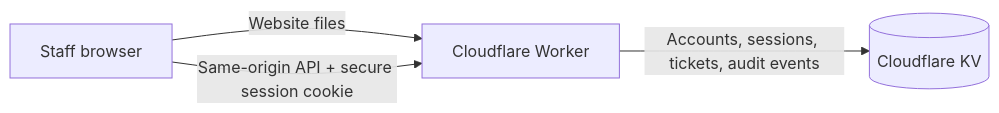
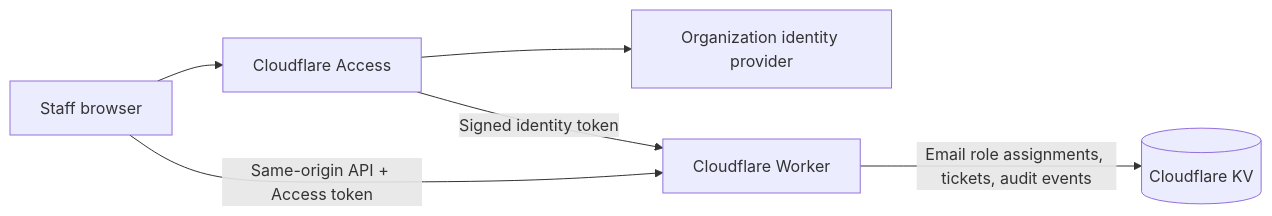
Before and after one commit to AxiumCyber/AxiumCyber-Website: the first of 3 diagrams in README.md, drawn with Mermaid. The commit also changed other lines of this file and 3 other files, not shown here.

Commit message:
Update README, index.html, worker.mjs, and wrangler.jsonc for SSO integration and role management

````diff
--- a/README.md
+++ b/README.md
@@ -9,6 +9,8 @@
 ```mermaid
 flowchart LR
-		Browser[Staff browser] -->|Website files| Worker[Cloudflare Worker]
-		Browser -->|Same-origin API + secure session cookie| Worker
-		Worker -->|Accounts, sessions, tickets, audit events| KV[(Cloudflare KV)]
+		Browser[Staff browser] --> Access[Cloudflare Access]
+		Access --> IdP[Organization identity provider]
+		Access -->|Signed identity token| Worker[Cloudflare Worker]
+		Browser -->|Same-origin API + Access token| Worker
+		Worker -->|Email role assignments, tickets, audit events| KV[(Cloudflare KV)]
 ```
````
